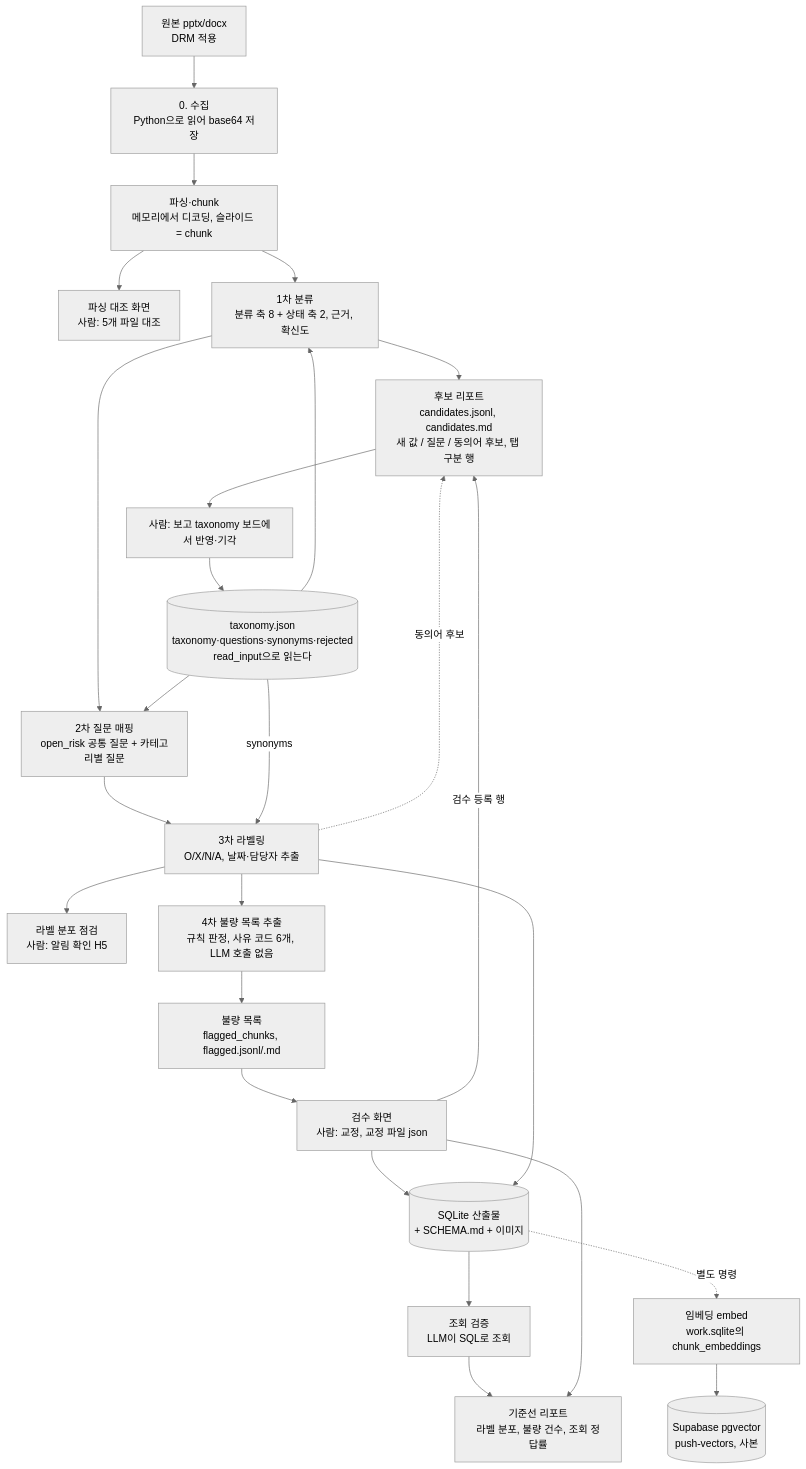
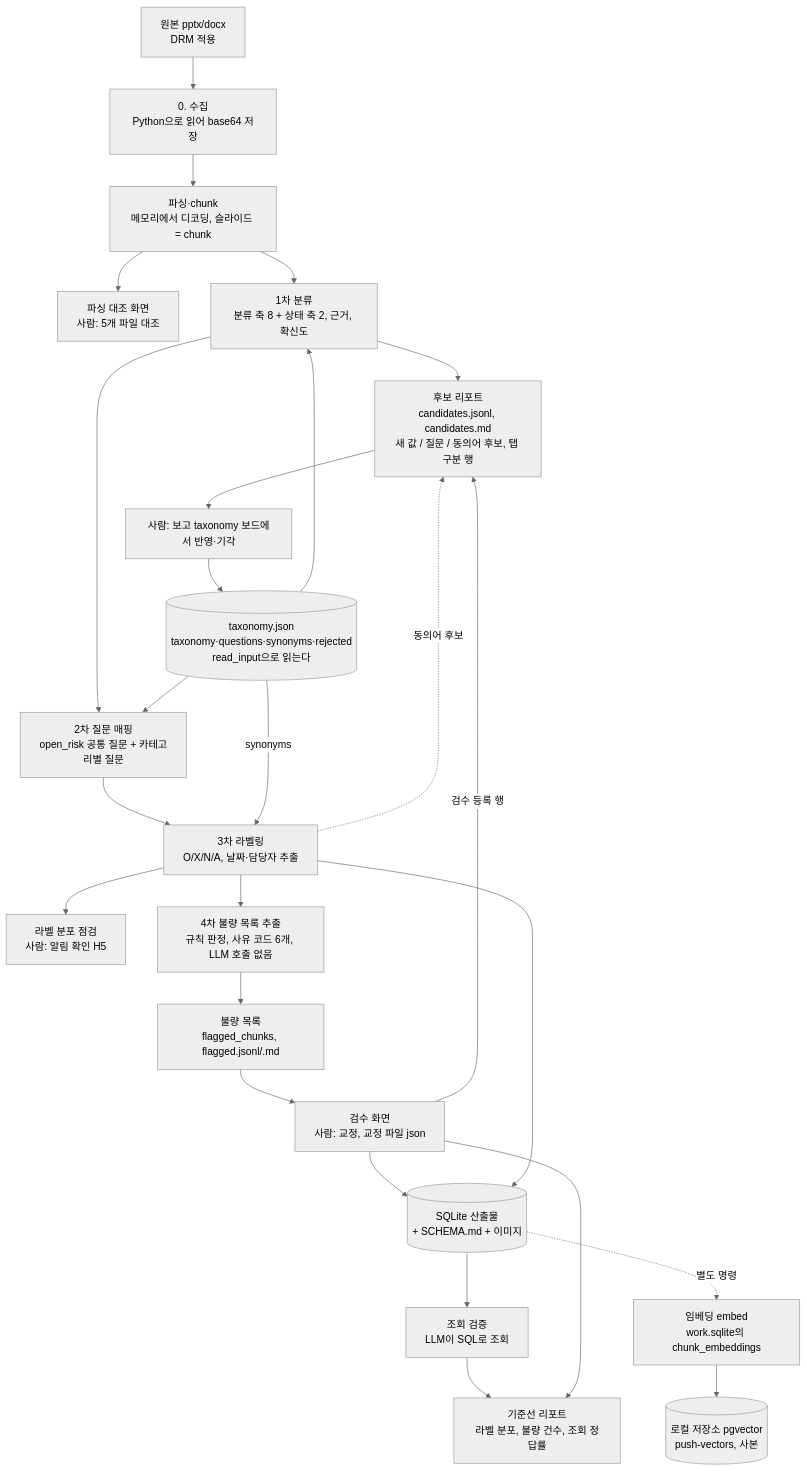
One commit to Robonge/BEOL-Datalabeling changed the first of 2 diagrams in PRD.md. Above: the diagram before and after it, drawn with Mermaid (neutral theme). The commit also changed other lines of this file and 62 other files, not shown here.

````diff
--- a/PRD.md
+++ b/PRD.md
@@ -86,28 +86,28 @@
 ```mermaid
 flowchart TD
     RAW[원본 pptx/docx<br/>DRM 적용] --> S0[0. 수집<br/>Python으로 읽어 base64 저장]
     S0 --> P[파싱·chunk<br/>메모리에서 디코딩, 슬라이드 = chunk]
     P --> CMP[파싱 대조 화면<br/>사람: 5개 파일 대조]
     P --> S1[1차 분류<br/>분류 축 8 + 상태 축 2, 근거, 확신도]
     TAX[(taxonomy.json<br/>taxonomy·questions·synonyms·rejected<br/>read_input으로 읽는다)] --> S1
     S1 --> CAND[후보 리포트<br/>candidates.jsonl, candidates.md<br/>새 값 / 질문 / 동의어 후보, 탭 구분 행]
     CAND --> HUM[사람: 보고 taxonomy 보드에서 반영·기각]
     HUM --> TAX
     S1 --> S2[2차 질문 매핑<br/>open_risk 공통 질문 + 카테고리별 질문]
     TAX --> S2
     S2 --> S3[3차 라벨링<br/>O/X/N/A, 날짜·담당자 추출]
     TAX -->|synonyms| S3
     S3 -.->|동의어 후보| CAND
     S3 --> AL[라벨 분포 점검<br/>사람: 알림 확인 H5]
     S3 --> S4[4차 불량 목록 추출<br/>규칙 판정, 사유 코드 6개, LLM 호출 없음]
     S4 --> FL[불량 목록<br/>flagged_chunks, flagged.jsonl/.md]
     FL --> REV[검수 화면<br/>사람: 교정, 교정 파일 json]
     REV -->|검수 등록 행| CAND
     REV --> DB[(SQLite 산출물<br/>+ SCHEMA.md + 이미지)]
     S3 --> DB
     DB --> QC[조회 검증<br/>LLM이 SQL로 조회]
     QC --> RPT[기준선 리포트<br/>라벨 분포, 불량 건수, 조회 정답률]
     REV --> RPT
     DB -.->|별도 명령| EMB[임베딩 embed<br/>work.sqlite의 chunk_embeddings]
-    EMB --> VEC[(Supabase pgvector<br/>push-vectors, 사본)]
+    EMB --> VEC[(로컬 저장소 pgvector<br/>push-vectors, 사본)]
 ```
````
